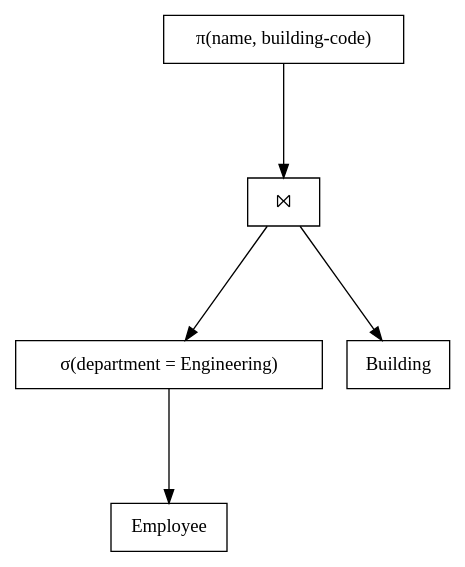
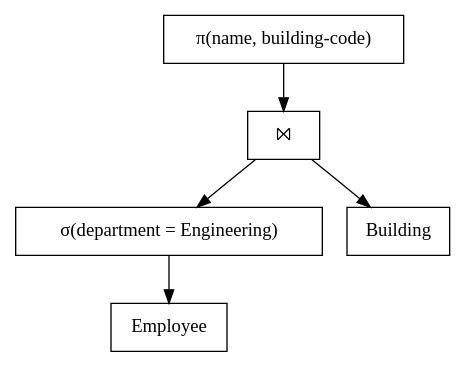
One commit to burakemir/burakemir.github.io changed the diagram in relational-query.dot. Above: the diagram before and after it, drawn with Graphviz.

```diff
--- a/relational-query.dot
+++ b/relational-query.dot
@@ -1,13 +1,12 @@
 digraph {
 	rankdir = "TB";
-	node [ shape="box" ]//, height = 0.7, width = 1.0 ]
-	ranksep = "1.2 equally";
+	node [ shape="box" ]
 	"π(name, building-code)"
 	"σ(department = Engineering)"
 	"⨝"
 	"π(name, building-code)" -> "⨝"
 	"⨝" -> "σ(department = Engineering)"
 	"⨝" -> "Building"
 	"σ(department = Engineering)" -> "Employee"
 	"Building"
 }
```
